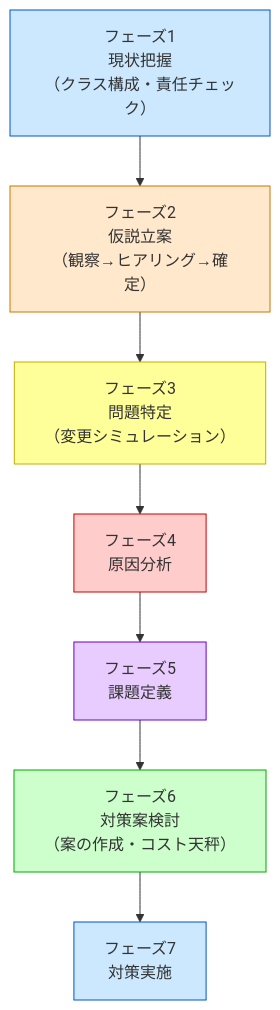
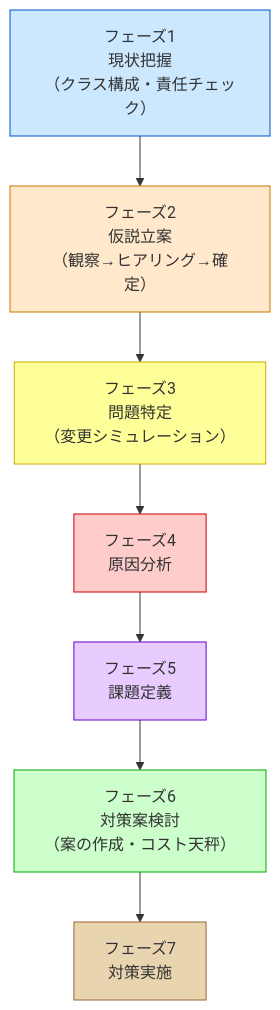
One commit to kumachan1101-pixel/DesignPattern changed the diagram in kindle/design-patterns/output/chapter00_2.md. Above: the diagram before and after it, drawn with Mermaid. The commit also changed other lines of this file and 3 other files, not shown here.

````diff
--- a/kindle/design-patterns/output/chapter00_2.md
+++ b/kindle/design-patterns/output/chapter00_2.md
@@ -31,20 +31,20 @@
 ```mermaid
 graph TD
     F1["フェーズ1<br>現状把握<br>（クラス構成・責任チェック）"]
     F2["フェーズ2<br>仮説立案<br>（観察→ヒアリング→確定）"]
     F3["フェーズ3<br>問題特定<br>（変更シミュレーション）"]
     F4["フェーズ4<br>原因分析"]
     F5["フェーズ5<br>課題定義"]
     F6["フェーズ6<br>対策案検討<br>（案の作成・コスト天秤）"]
     F7["フェーズ7<br>対策実施"]
 
     F1 --> F2 --> F3 --> F4 --> F5 --> F6 --> F7
 
     style F1 fill:#cce8ff,stroke:#0055cc
     style F2 fill:#ffe8cc,stroke:#cc7700
     style F3 fill:#ffff99,stroke:#ccaa00
     style F4 fill:#ffcccc,stroke:#cc0000
     style F5 fill:#e8ccff,stroke:#6600cc
     style F6 fill:#ccffcc,stroke:#00aa00
-    style F7 fill:#cce8ff,stroke:#0055cc
+    style F7 fill:#e8d5b0,stroke:#996633
 ```
````
